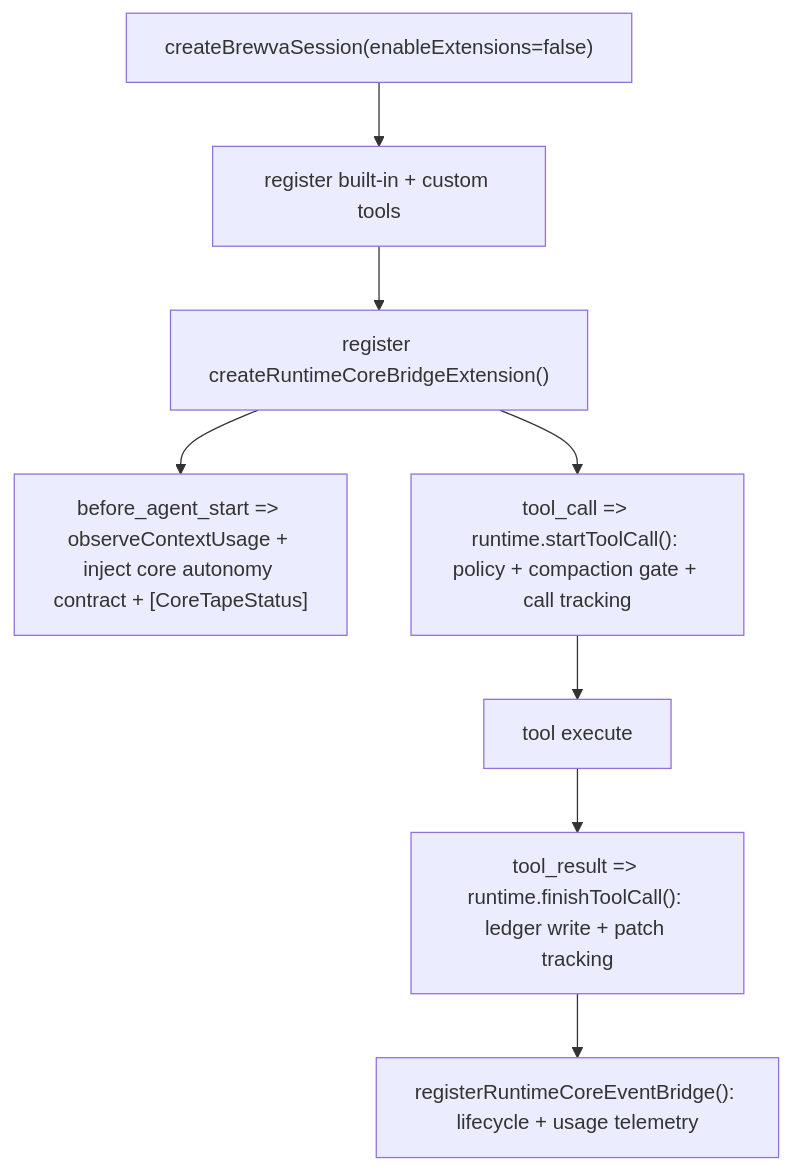
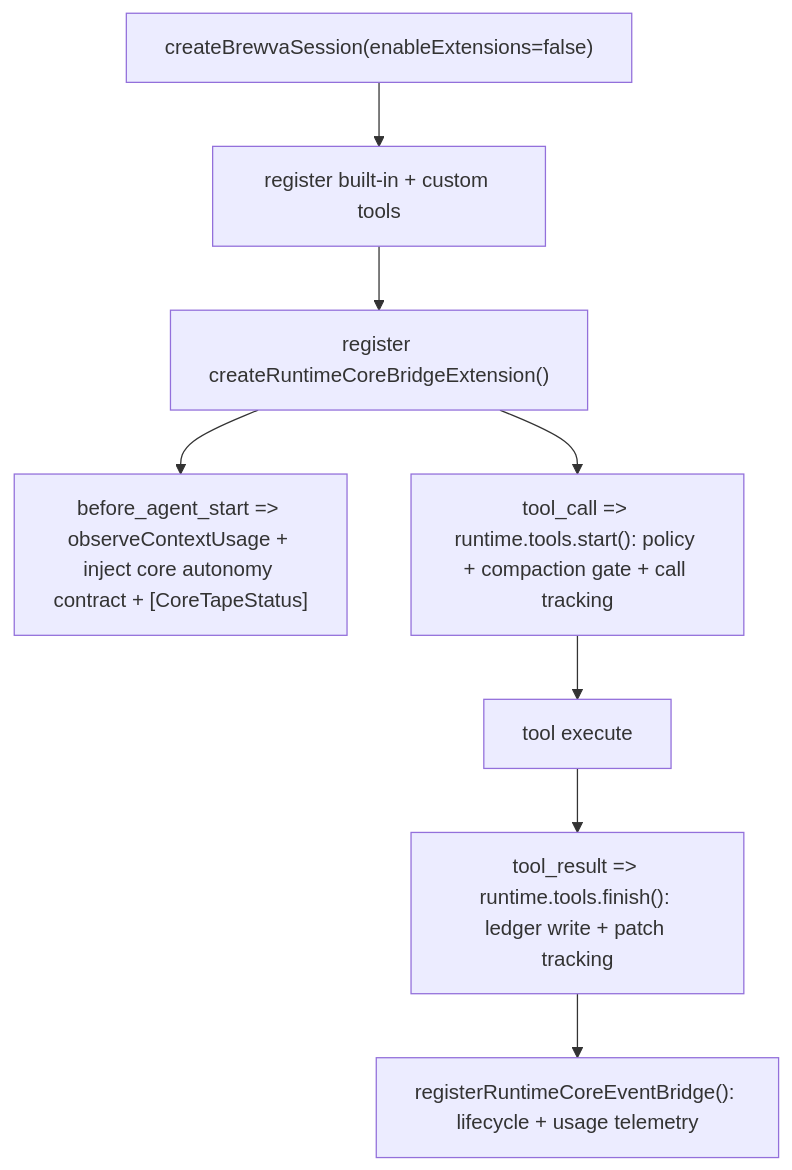
One commit to arcthur/brewva changed the second of 6 diagrams in docs/architecture/control-and-data-flow.md. Above: the diagram before and after it, drawn with Mermaid. The commit also changed other lines of this file and 23 other files, not shown here.

First line of the commit message:
docs: align documentation across architecture, guides, and reference

````diff
--- a/docs/architecture/control-and-data-flow.md
+++ b/docs/architecture/control-and-data-flow.md
@@ -43,10 +43,10 @@
 ```mermaid
 flowchart TD
   A["createBrewvaSession(enableExtensions=false)"] --> B["register built-in + custom tools"]
   B --> C["register createRuntimeCoreBridgeExtension()"]
   C --> C2["before_agent_start => observeContextUsage + inject core autonomy contract + [CoreTapeStatus]"]
-  C --> D["tool_call => runtime.startToolCall(): policy + compaction gate + call tracking"]
+  C --> D["tool_call => runtime.tools.start(): policy + compaction gate + call tracking"]
   D --> E["tool execute"]
-  E --> F["tool_result => runtime.finishToolCall(): ledger write + patch tracking"]
+  E --> F["tool_result => runtime.tools.finish(): ledger write + patch tracking"]
   F --> G["registerRuntimeCoreEventBridge(): lifecycle + usage telemetry"]
 ```
````
